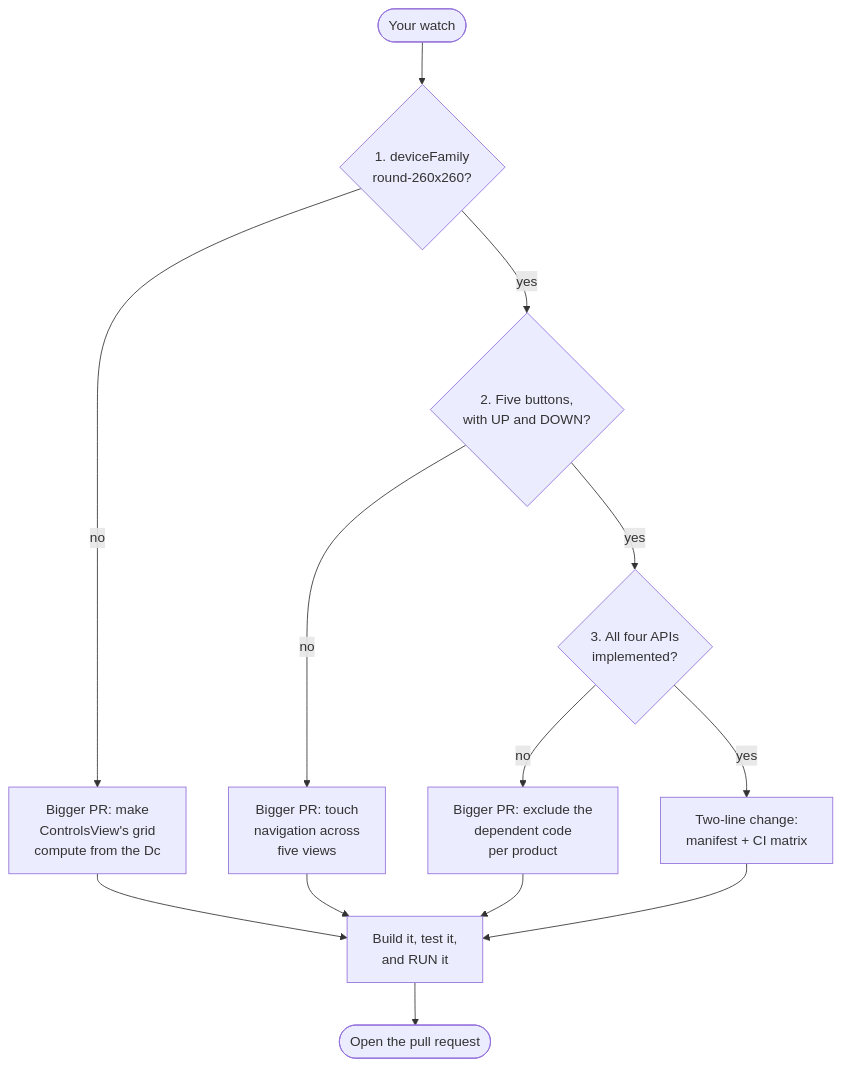
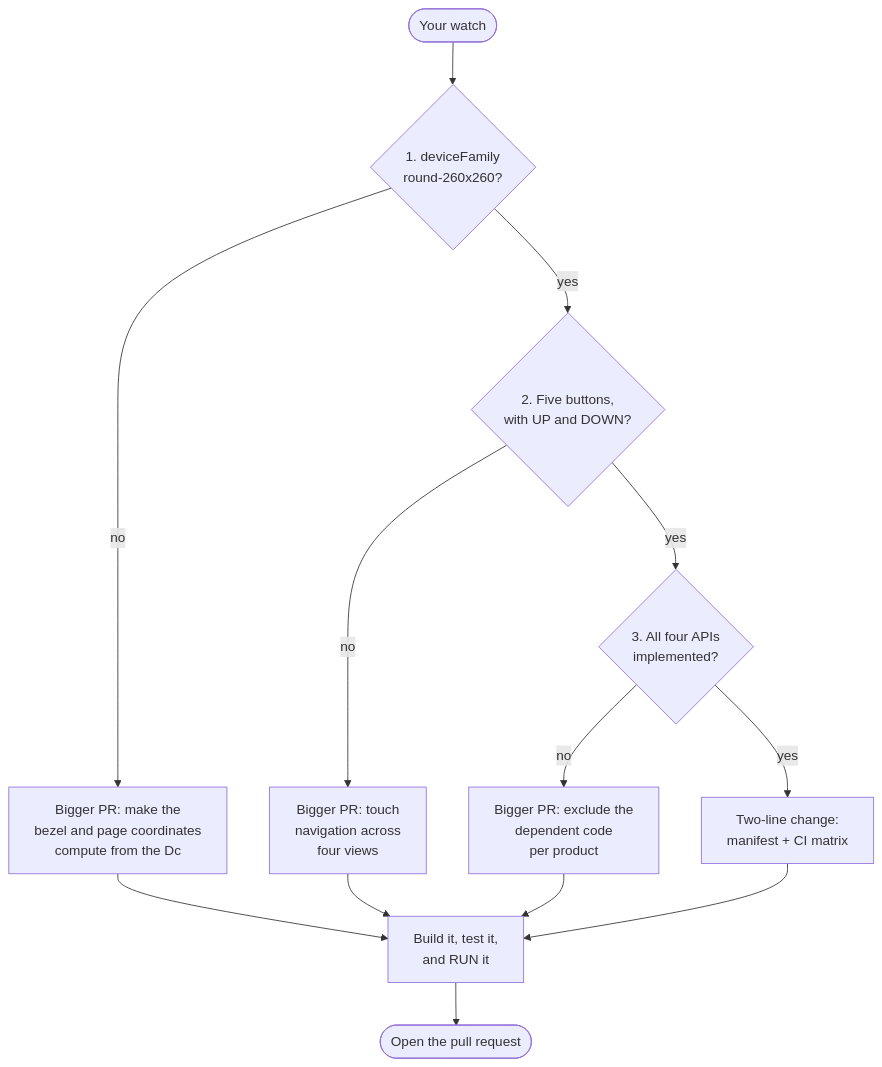
One commit to qr/Vozidlo changed the diagram in docs/adding-a-watch.md. Above: the diagram before and after it, drawn with Mermaid. The commit also changed other lines of this file and 31 other files, not shown here.

````diff
--- a/docs/adding-a-watch.md
+++ b/docs/adding-a-watch.md
@@ -13,15 +13,15 @@
 ```mermaid
 flowchart TD
     S([Your watch]) --> F{"1. deviceFamily<br>round-260x260?"}
-    F -->|no| FW["Bigger PR: make<br>ControlsView's grid<br>compute from the Dc"]
+    F -->|no| FW["Bigger PR: make the<br>bezel and page coordinates<br>compute from the Dc"]
     F -->|yes| K{"2. Five buttons,<br>with UP and DOWN?"}
-    K -->|no| KW["Bigger PR: touch<br>navigation across<br>five views"]
+    K -->|no| KW["Bigger PR: touch<br>navigation across<br>four views"]
     K -->|yes| A{"3. All four APIs<br>implemented?"}
     A -->|no| AW["Bigger PR: exclude the<br>dependent code<br>per product"]
     A -->|yes| T["Two-line change:<br>manifest + CI matrix"]
     T --> V["Build it, test it,<br>and RUN it"]
     FW --> V
     KW --> V
     AW --> V
     V --> PR([Open the pull request])
 ```
````
